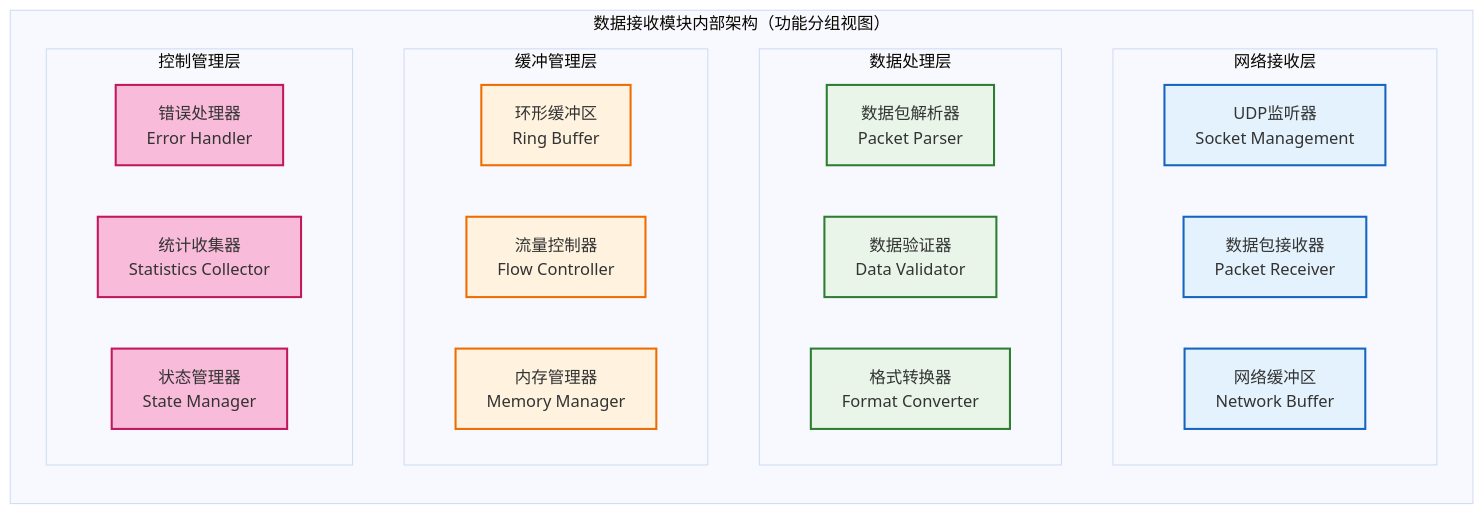
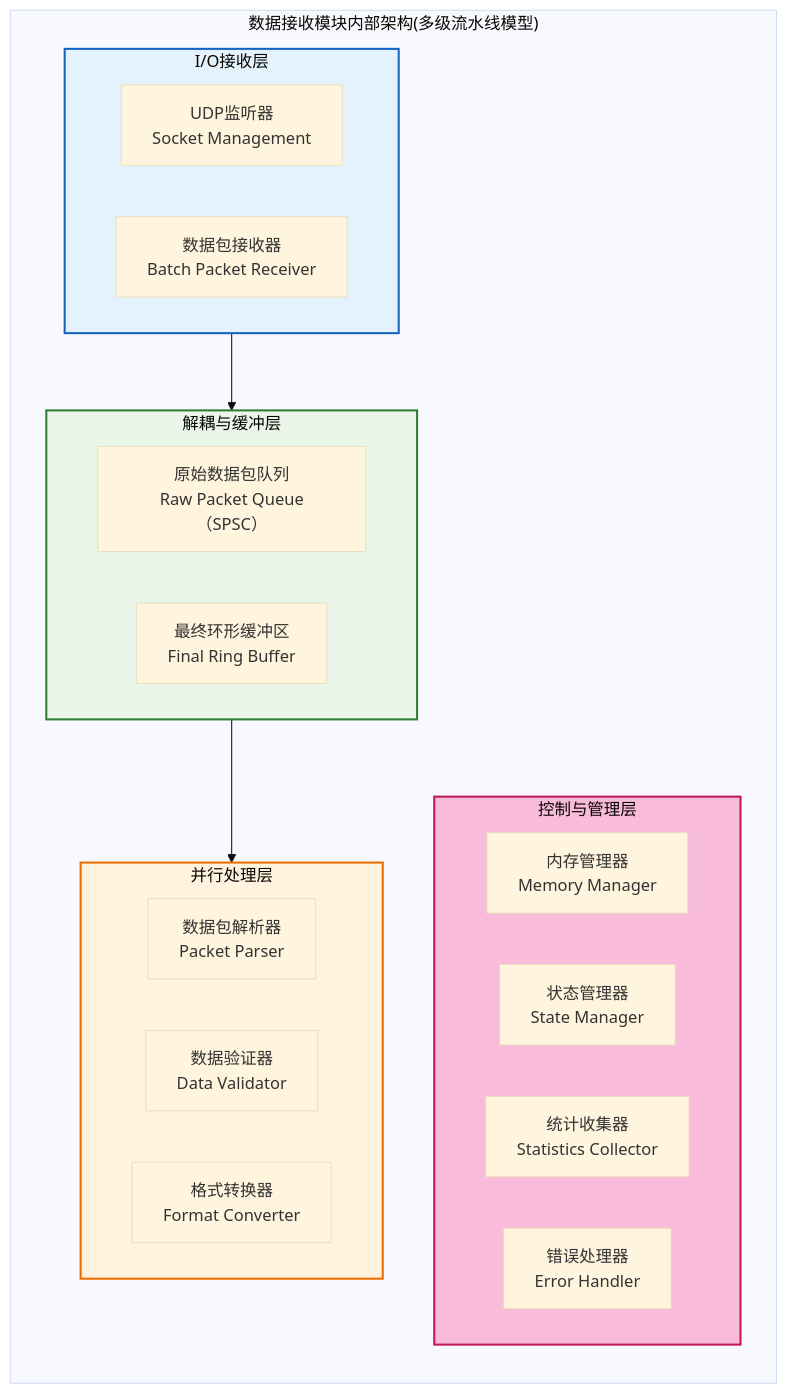
One commit to wendizhou99-cell/Radar changed the second of 10 diagrams in docs/01_项目设计/02_模块设计/01_数据接收模块设计.md. Above: the diagram before and after it, drawn with Mermaid (base theme). The commit also changed other lines of this file and 7 other files, not shown here.

````diff
--- a/docs/01_项目设计/02_模块设计/01_数据接收模块设计.md
+++ b/docs/01_项目设计/02_模块设计/01_数据接收模块设计.md
@@ -115,42 +126,42 @@
 ```mermaid
 graph TB
-    %% 功能分组视图：仅展示分层与职责归属；不表示调用或数据流向
-    subgraph "数据接收模块内部架构（功能分组视图）"
+    subgraph "数据接收模块内部架构(多级流水线模型)"
         direction TB
 
-        subgraph "网络接收层"
-            UDP_LISTENER[UDP监听器<br/>Socket Management]
-            PACKET_RECEIVER[数据包接收器<br/>Packet Receiver]
-            NETWORK_BUFFER[网络缓冲区<br/>Network Buffer]
+        subgraph "控制与管理层"
+            MEMORY_MANAGER[内存管理器<br/>Memory Manager]
+            STATE_MANAGER[状态管理器<br/>State Manager]
+            STATS_COLLECTOR[统计收集器<br/>Statistics Collector]
+            ERROR_HANDLER[错误处理器<br/>Error Handler]
         end
 
-        subgraph "数据处理层"
+        subgraph "I/O接收层"
+            UDP_LISTENER[UDP监听器<br/>Socket Management]
+            PACKET_RECEIVER[数据包接收器<br/>Batch Packet Receiver]
+        end
+
+        subgraph "解耦与缓冲层"
+            RAW_PACKET_QUEUE[原始数据包队列<br/>Raw Packet Queue（SPSC）]
+            RING_BUFFER[最终环形缓冲区<br/>Final Ring Buffer]
+        end
+
+        subgraph "并行处理层"
             PACKET_PARSER[数据包解析器<br/>Packet Parser]
             DATA_VALIDATOR[数据验证器<br/>Data Validator]
             FORMAT_CONVERTER[格式转换器<br/>Format Converter]
         end
 
-        subgraph "缓冲管理层"
-            RING_BUFFER[环形缓冲区<br/>Ring Buffer]
-            FLOW_CONTROLLER[流量控制器<br/>Flow Controller]
-            MEMORY_MANAGER[内存管理器<br/>Memory Manager]
-        end
+        I/O接收层 --> 解耦与缓冲层
+        解耦与缓冲层 --> 并行处理层
 
-        subgraph "控制管理层"
-            ERROR_HANDLER[错误处理器<br/>Error Handler]
-            STATS_COLLECTOR[统计收集器<br/>Statistics Collector]
-            STATE_MANAGER[状态管理器<br/>State Manager]
-        end
+        classDef ioLayer fill:#e3f2fd,stroke:#1565c0,stroke-width:2px
+        classDef bufferLayer fill:#e8f5e8,stroke:#2e7d32,stroke-width:2px
+        classDef processLayer fill:#fff3e0,stroke:#ef6c00,stroke-width:2px
+        classDef controlLayer fill:#f8bbd9,stroke:#c2185b,stroke-width:2px
+
+        class I/O接收层 ioLayer
+        class 解耦与缓冲层 bufferLayer
+        class 并行处理层 processLayer
+        class 控制与管理层 controlLayer
     end
-
-    %% 样式
-    classDef network fill:#e3f2fd,stroke:#1565c0,stroke-width:2px
-    classDef process fill:#e8f5e8,stroke:#2e7d32,stroke-width:2px
-    classDef buffer fill:#fff3e0,stroke:#ef6c00,stroke-width:2px
-    classDef control fill:#f8bbd9,stroke:#c2185b,stroke-width:2px
-
-    class UDP_LISTENER,PACKET_RECEIVER,NETWORK_BUFFER network
-    class PACKET_PARSER,DATA_VALIDATOR,FORMAT_CONVERTER process
-    class RING_BUFFER,FLOW_CONTROLLER,MEMORY_MANAGER buffer
-    class ERROR_HANDLER,STATS_COLLECTOR,STATE_MANAGER control
 ```
````
